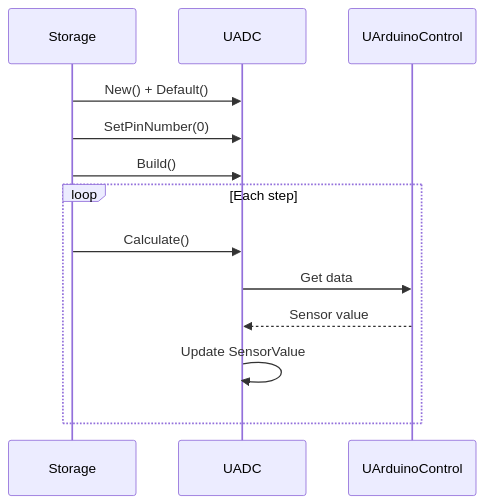
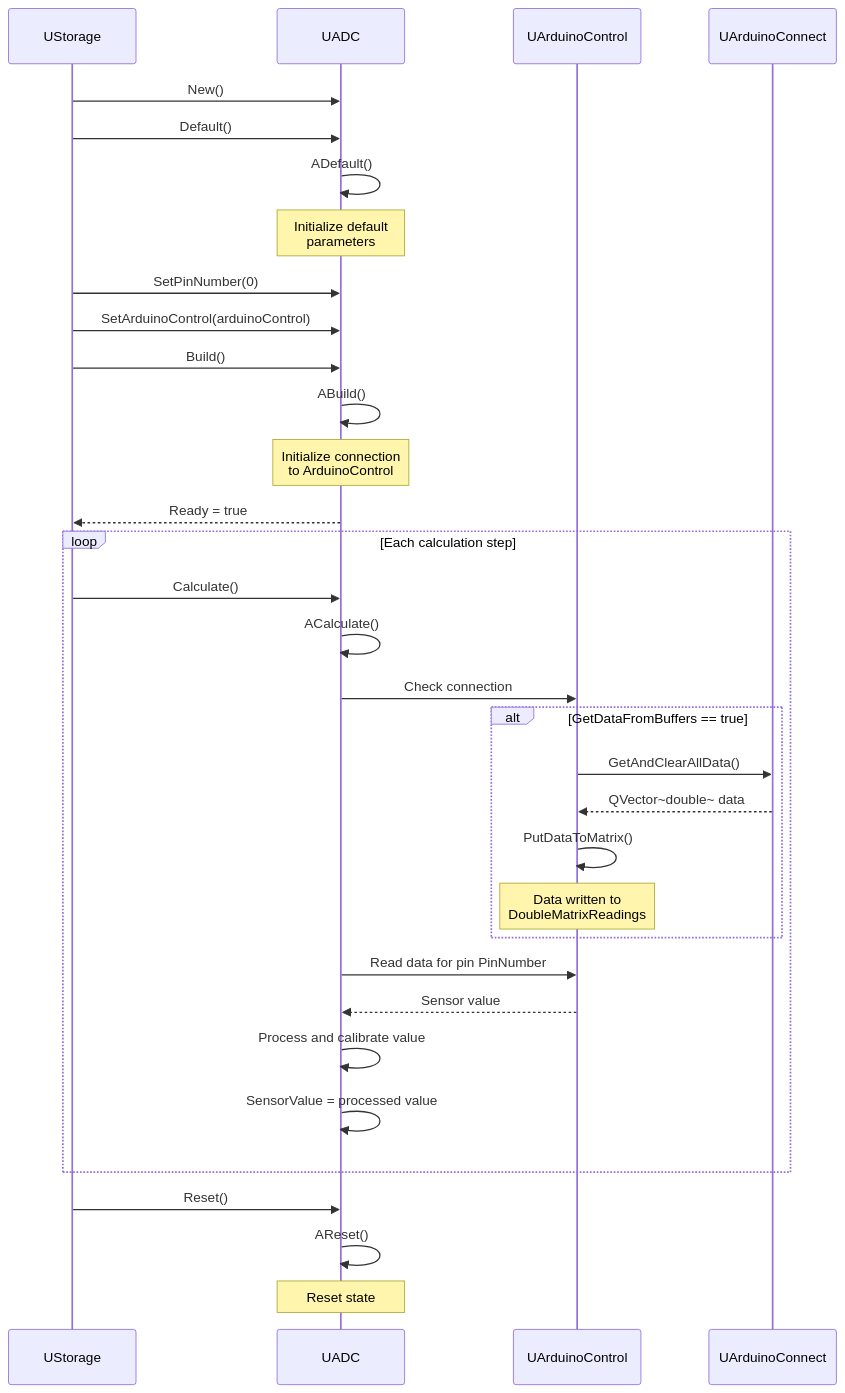
Before and after one commit to aicommunity/Rdk-HardwareLib: the seventh of 10 diagrams in Docs/Legacy/ADC.md, drawn with Mermaid. The commit also changed other lines of this file and 4 other files, not shown here.

First line of the commit message:
docs(hardware): complete bilingual EN quality: mermaid sync, full translations, zero cyrillic in EN

````diff
--- a/Docs/Legacy/ADC.md
+++ b/Docs/Legacy/ADC.md
@@ -515,16 +535,36 @@
 ```mermaid
 sequenceDiagram
-    participant Storage
+    participant Storage as UStorage
     participant ADC as UADC
     participant Arduino as UArduinoControl
+    participant Connect as UArduinoConnect
     
-    Storage->>ADC: New() + Default()
+    Storage->>ADC: New()
+    Storage->>ADC: Default()
+    ADC->>ADC: ADefault()
+    Note over ADC: Initialize default<br/>parameters
     Storage->>ADC: SetPinNumber(0)
+    Storage->>ADC: SetArduinoControl(arduinoControl)
     Storage->>ADC: Build()
-    loop Each step
+    ADC->>ADC: ABuild()
+    Note over ADC: Initialize connection<br/>to ArduinoControl
+    ADC-->>Storage: Ready = true
+    loop Each calculation step
         Storage->>ADC: Calculate()
-        ADC->>Arduino: Get data
+        ADC->>ADC: ACalculate()
+        ADC->>Arduino: Check connection
+        alt GetDataFromBuffers == true
+            Arduino->>Connect: GetAndClearAllData()
+            Connect-->>Arduino: QVector~double~ data
+            Arduino->>Arduino: PutDataToMatrix()
+            Note over Arduino: Data written to<br/>DoubleMatrixReadings
+        end
+        ADC->>Arduino: Read data for pin PinNumber
         Arduino-->>ADC: Sensor value
-        ADC->>ADC: Update SensorValue
+        ADC->>ADC: Process and calibrate value
+        ADC->>ADC: SensorValue = processed value
     end
+    Storage->>ADC: Reset()
+    ADC->>ADC: AReset()
+    Note over ADC: Reset state
 ```
````
